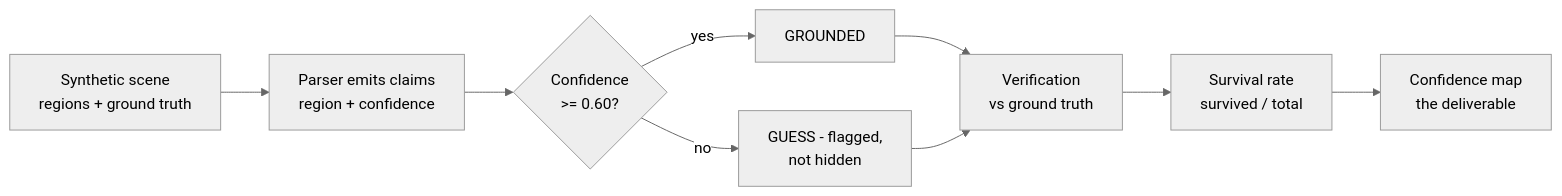
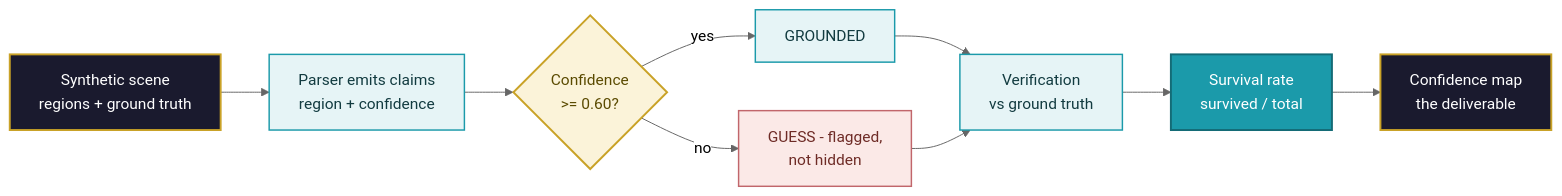
Before and after one commit to GAI-Engineering/poc-learning-lab: the first of 3 diagrams in diagrams/CONCEPT-DIAGRAMS.md, drawn with Mermaid (neutral theme). The commit also changed other lines of this file, not shown here.

Commit message:
Concept diagrams polished: professional palette (navy/gold/teal, rose for the flagged path), styled nodes, headline ideas in strong teal

````diff
--- a/diagrams/CONCEPT-DIAGRAMS.md
+++ b/diagrams/CONCEPT-DIAGRAMS.md
@@ -10,11 +12,16 @@
 ```mermaid
 flowchart LR
-    A[Synthetic scene<br/>regions + ground truth] --> B[Parser emits claims<br/>region + confidence]
-    B --> C{Confidence<br/>>= 0.60?}
-    C -->|yes| D[GROUNDED]
-    C -->|no| E[GUESS - flagged,<br/>not hidden]
-    D --> F[Verification<br/>vs ground truth]
+    A["Synthetic scene<br/>regions + ground truth"]:::io --> B["Parser emits claims<br/>region + confidence"]:::proc
+    B --> C{"Confidence<br/>>= 0.60?"}:::decision
+    C -->|yes| D["GROUNDED"]:::proc
+    C -->|no| E["GUESS - flagged,<br/>not hidden"]:::warn
+    D --> F["Verification<br/>vs ground truth"]:::proc
     E --> F
-    F --> G[Survival rate<br/>survived / total]
-    G --> H[Confidence map<br/>the deliverable]
+    F --> G["Survival rate<br/>survived / total"]:::metric
+    G --> H["Confidence map<br/>the deliverable"]:::io
+    classDef io fill:#1A1A2E,stroke:#C9A227,stroke-width:2px,color:#FFFFFF;
+    classDef proc fill:#E6F4F6,stroke:#1B9AAA,stroke-width:1.5px,color:#123B40;
+    classDef decision fill:#FBF3D9,stroke:#C9A227,stroke-width:2px,color:#5A4A00;
+    classDef warn fill:#FBE9E7,stroke:#C1666B,stroke-width:1.5px,color:#6E2B26;
+    classDef metric fill:#1B9AAA,stroke:#146B76,stroke-width:2px,color:#FFFFFF;
 ```
````
